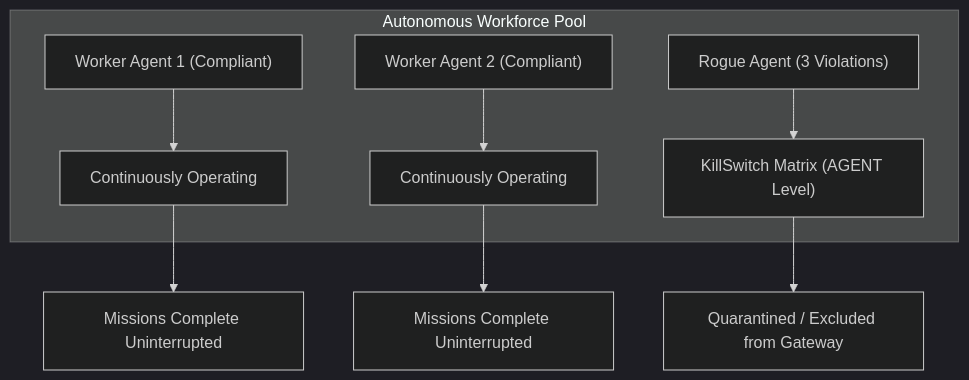
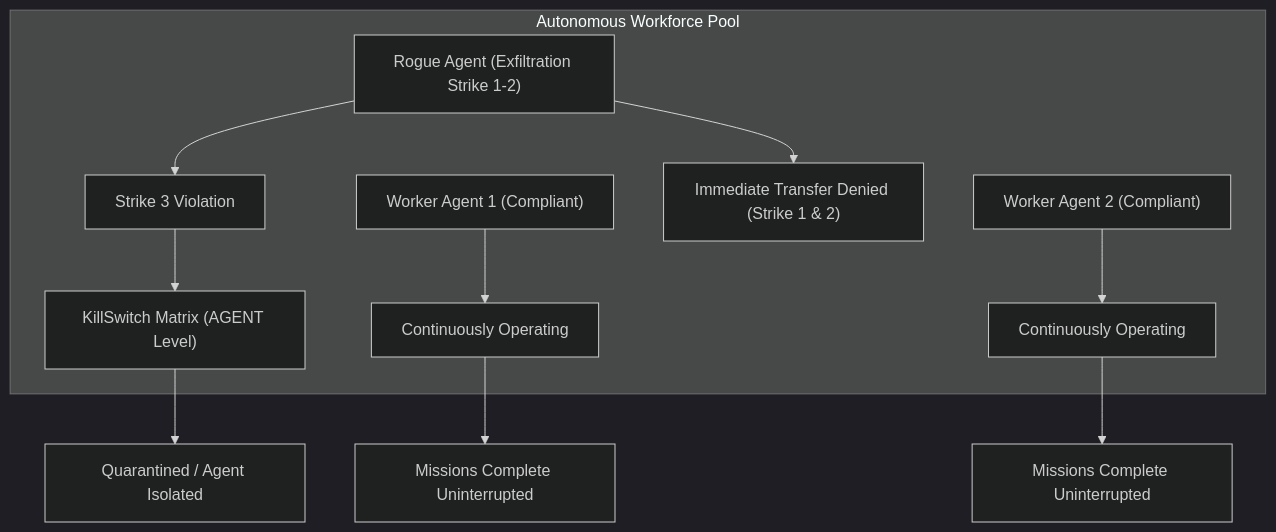
The diagram in ZONATA_AI_SECURITY_PERFORMANCE_AND_CONTINUITY_REPORT.md (sukhrajsingh82673-gif/AI-robo-assistant-saas), drawn with Mermaid (dark theme) before and after one commit. The commit also changed other lines of this file and 15 other files, not shown here.

````diff
--- a/ZONATA_AI_SECURITY_PERFORMANCE_AND_CONTINUITY_REPORT.md
+++ b/ZONATA_AI_SECURITY_PERFORMANCE_AND_CONTINUITY_REPORT.md
@@ -46,11 +47,13 @@
 ```mermaid
 graph TD
     subgraph AgentPool["Autonomous Workforce Pool"]
         A1["Worker Agent 1 (Compliant)"] --> Running1["Continuously Operating"]
         A2["Worker Agent 2 (Compliant)"] --> Running2["Continuously Operating"]
-        Rogue["Rogue Agent (3 Violations)"] --> KS["KillSwitch Matrix (AGENT Level)"]
+        Rogue["Rogue Agent (Exfiltration Strike 1-2)"] --> Deny["Immediate Transfer Denied (Strike 1 & 2)"]
+        Rogue --> Strike3["Strike 3 Violation"]
+        Strike3 --> KS["KillSwitch Matrix (AGENT Level)"]
     end
-    KS --> Quarantined["Quarantined / Excluded from Gateway"]
+    KS --> Quarantined["Quarantined / Agent Isolated"]
     Running1 --> Success1["Missions Complete Uninterrupted"]
     Running2 --> Success2["Missions Complete Uninterrupted"]
 ```
````
